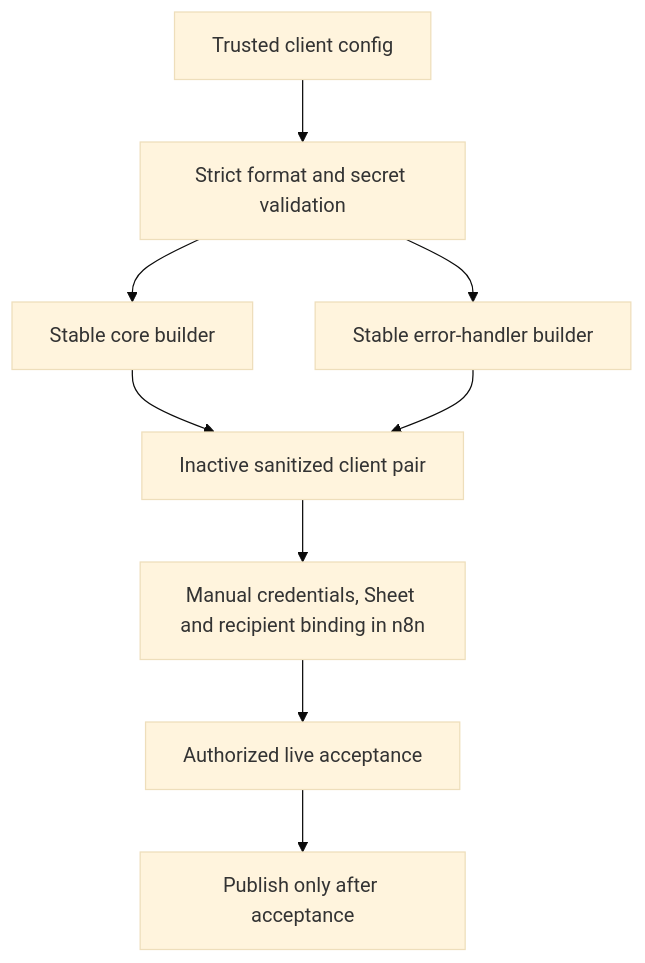
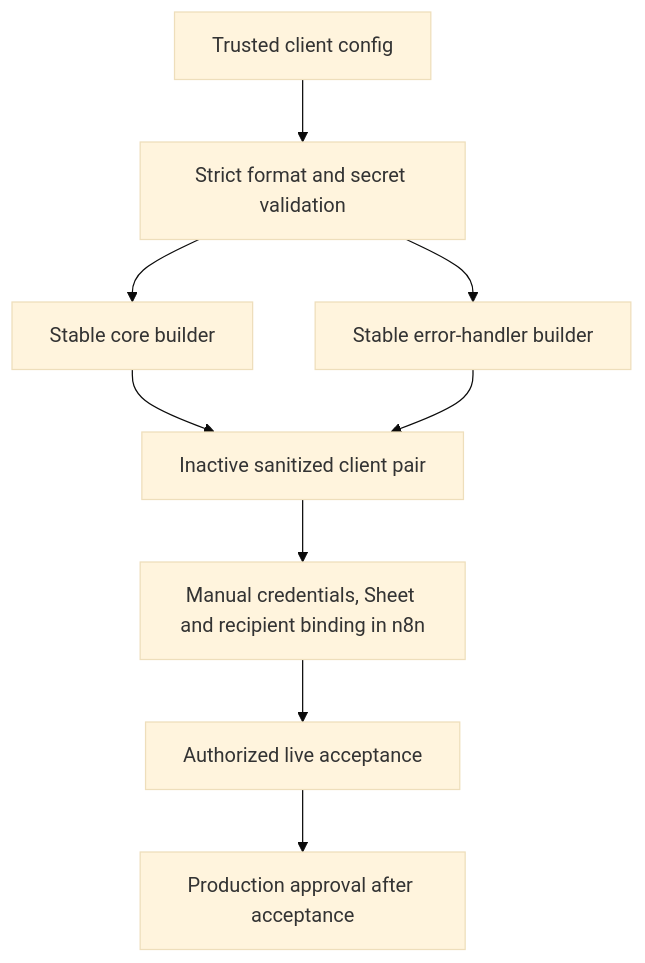
One commit to DigitalGharAdmin/phililee-ai-automation-business changed the second of 2 diagrams in 03_n8n_business_automation/docs/ARCHITECTURE.md. Above: the diagram before and after it, drawn with Mermaid (base theme). The commit also changed other lines of this file and 21 other files, not shown here.

````diff
--- a/03_n8n_business_automation/docs/ARCHITECTURE.md
+++ b/03_n8n_business_automation/docs/ARCHITECTURE.md
@@ -73,11 +104,11 @@
 ```mermaid
 flowchart TD
   Config[Trusted client config] --> Validator[Strict format and secret validation]
   Validator --> Core[Stable core builder]
   Validator --> Handler[Stable error-handler builder]
   Core --> Pair[Inactive sanitized client pair]
   Handler --> Pair
   Pair --> Bind[Manual credentials, Sheet and recipient binding in n8n]
   Bind --> Acceptance[Authorized live acceptance]
-  Acceptance --> Publish[Publish only after acceptance]
+  Acceptance --> Publish[Production approval after acceptance]
 ```
````
